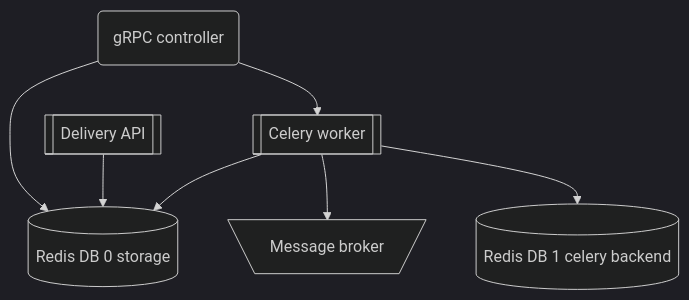
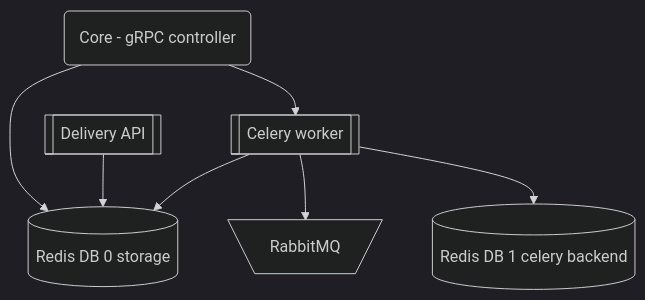
The first of 3 diagrams in README.md (edelwi/sms-service), drawn with Mermaid (dark theme) before and after one commit. The commit also changed other lines of this file and 5 other files, not shown here.

````diff
--- a/README.md
+++ b/README.md
@@ -6,17 +9,17 @@
 ```mermaid
 flowchart TB
-    c(gRPC controller)
+    c(Core - gRPC controller)
     r0[(Redis DB 0 storage)]
     r1[(Redis DB 1 celery backend)]
-    rq[\Message broker/]
+    rq[\RabbitMQ/]
     cw[[Celery worker]]
     d[[Delivery API]]
     c-->r0
     d-->r0
     cw-->r0
     c-->cw
     cw-->rq
     cw-->r1
     
     
 ```
````
